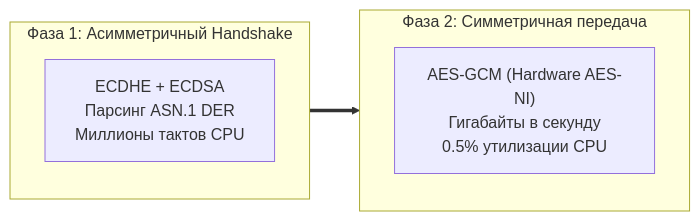
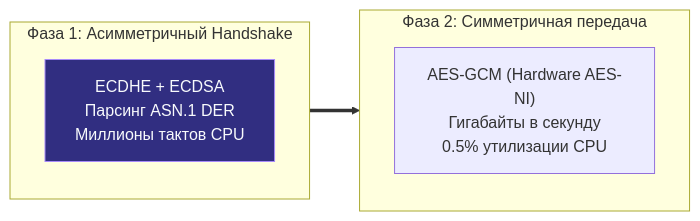
Before and after one commit to UnrealTemplier/go-textbook: the third of 3 diagrams in sources/14. Распределенные системы на Go/06. Сеть/3. mTLS.md, drawn with Mermaid. The commit also changed other lines of this file and 1666 other files, not shown here.

First line of the commit message:
feat(mermaid): add semantic color classDef to 1369 colorless flowchart/graph diagrams

````diff
--- a/sources/14. Распределенные системы на Go/06. Сеть/3. mTLS.md
+++ b/sources/14. Распределенные системы на Go/06. Сеть/3. mTLS.md
@@ -204,12 +214,22 @@
 ```mermaid
 flowchart LR
+    classDef process  fill:#1e293b,stroke:#38bdf8,stroke-width:1px,color:#f8fafc
+    classDef success  fill:#064e3b,stroke:#34d399,stroke-width:1px,color:#f8fafc
+    classDef error    fill:#7f1d1d,stroke:#f87171,stroke-width:1px,color:#f8fafc
+    classDef warning  fill:#78350f,stroke:#fbbf24,stroke-width:1px,color:#f8fafc
+    classDef entry    fill:#1e3a5f,stroke:#38bdf8,stroke-width:2px,color:#f8fafc
+    classDef aux      fill:#334155,stroke:#64748b,stroke-width:1px,color:#f8fafc
+    classDef system   fill:#312e81,stroke:#a78bfa,stroke-width:1px,color:#f8fafc
+    classDef data     fill:#132d29,stroke:#2dd4bf,stroke-width:1px,color:#f8fafc
+    classDef network  fill:#881337,stroke:#fb7185,stroke-width:1px,color:#f8fafc
+    classDef accent   fill:#1e1b4b,stroke:#818cf8,stroke-width:1px,color:#f8fafc
     subgraph Heavy["Фаза 1: Асимметричный Handshake"]
-        H1["ECDHE + ECDSA<br/>Парсинг ASN.1 DER<br/>Миллионы тактов CPU"]
+        H1["ECDHE + ECDSA<br/>Парсинг ASN.1 DER<br/>Миллионы тактов CPU"]:::system
     end
 
     subgraph Light["Фаза 2: Симметричная передача"]
         H2["AES-GCM (Hardware AES-NI)<br/>Гигабайты в секунду<br/>0.5% утилизации CPU"]
     end
 
     Heavy ==> Light
 ```
````
